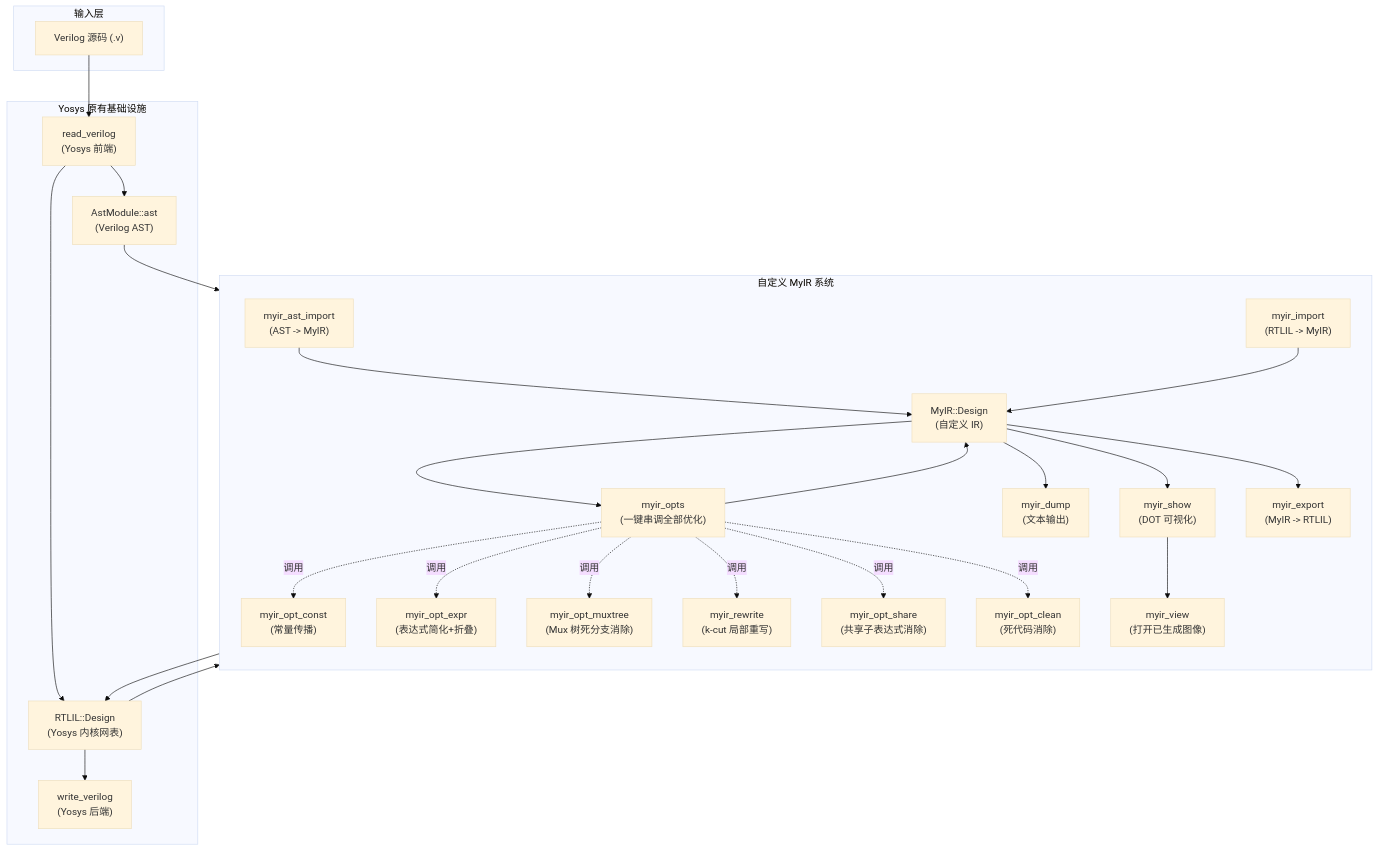
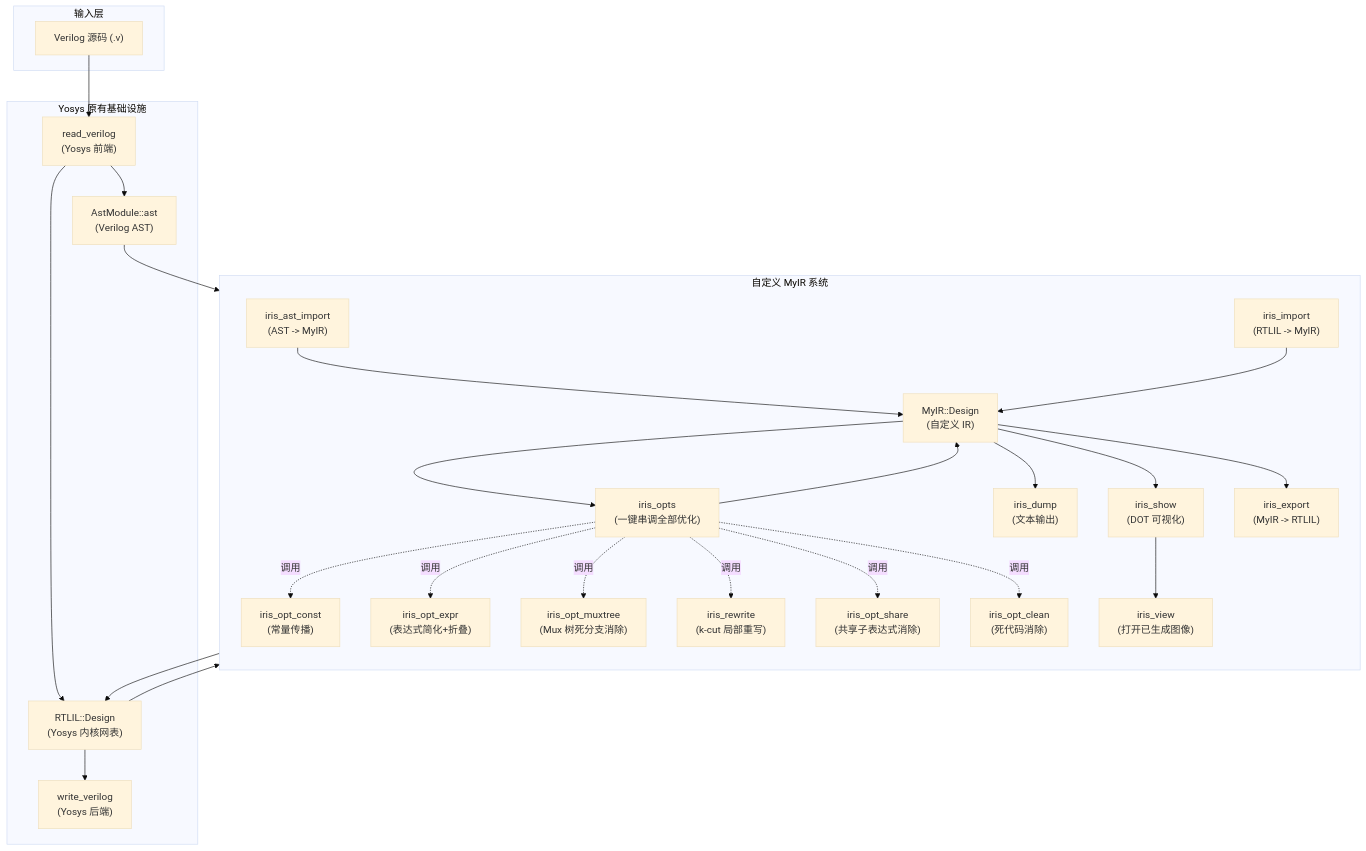
Before and after one commit to SuperEDATeam/MyYosys: the diagram in SUMMARY/PROJECT_REPORT.md, drawn with Mermaid (base theme). The commit also changed other lines of this file and 39 other files, not shown here.

````diff
--- a/SUMMARY/PROJECT_REPORT.md
+++ b/SUMMARY/PROJECT_REPORT.md
@@ -32,48 +32,48 @@
 ```mermaid
 flowchart TB
     subgraph input [输入层]
         VerilogSrc["Verilog 源码 (.v)"]
     end
 
     subgraph yosys_core [Yosys 原有基础设施]
         ReadV["read_verilog\n(Yosys 前端)"]
         AST["AstModule::ast\n(Verilog AST)"]
         RTLIL["RTLIL::Design\n(Yosys 内核网表)"]
         WriteV["write_verilog\n(Yosys 后端)"]
     end
 
     subgraph myir_sys [自定义 MyIR 系统]
         direction TB
-        ImportRTLIL["myir_import\n(RTLIL -> MyIR)"]
-        ImportAST["myir_ast_import\n(AST -> MyIR)"]
+        ImportRTLIL["iris_import\n(RTLIL -> MyIR)"]
+        ImportAST["iris_ast_import\n(AST -> MyIR)"]
         MyIRDesign["MyIR::Design\n(自定义 IR)"]
-        Opts["myir_opts\n(一键串调全部优化)"]
-        OptConst["myir_opt_const\n(常量传播)"]
-        OptExpr["myir_opt_expr\n(表达式简化+折叠)"]
-        OptMuxtree["myir_opt_muxtree\n(Mux 树死分支消除)"]
-        Rewrite["myir_rewrite\n(k-cut 局部重写)"]
-        OptShare["myir_opt_share\n(共享子表达式消除)"]
-        OptClean["myir_opt_clean\n(死代码消除)"]
-        Dump["myir_dump\n(文本输出)"]
-        Show["myir_show\n(DOT 可视化)"]
-        View["myir_view\n(打开已生成图像)"]
-        Export["myir_export\n(MyIR -> RTLIL)"]
+        Opts["iris_opts\n(一键串调全部优化)"]
+        OptConst["iris_opt_const\n(常量传播)"]
+        OptExpr["iris_opt_expr\n(表达式简化+折叠)"]
+        OptMuxtree["iris_opt_muxtree\n(Mux 树死分支消除)"]
+        Rewrite["iris_rewrite\n(k-cut 局部重写)"]
+        OptShare["iris_opt_share\n(共享子表达式消除)"]
+        OptClean["iris_opt_clean\n(死代码消除)"]
+        Dump["iris_dump\n(文本输出)"]
+        Show["iris_show\n(DOT 可视化)"]
+        View["iris_view\n(打开已生成图像)"]
+        Export["iris_export\n(MyIR -> RTLIL)"]
     end
 
     VerilogSrc --> ReadV
     ReadV --> AST
     ReadV --> RTLIL
     AST --> ImportAST --> MyIRDesign
     RTLIL --> ImportRTLIL --> MyIRDesign
     MyIRDesign --> Opts --> MyIRDesign
     Opts -.调用.-> OptConst
     Opts -.调用.-> OptExpr
     Opts -.调用.-> OptMuxtree
     Opts -.调用.-> Rewrite
     Opts -.调用.-> OptShare
     Opts -.调用.-> OptClean
     MyIRDesign --> Dump
     MyIRDesign --> Show --> View
     MyIRDesign --> Export --> RTLIL
     RTLIL --> WriteV
 ```
````
